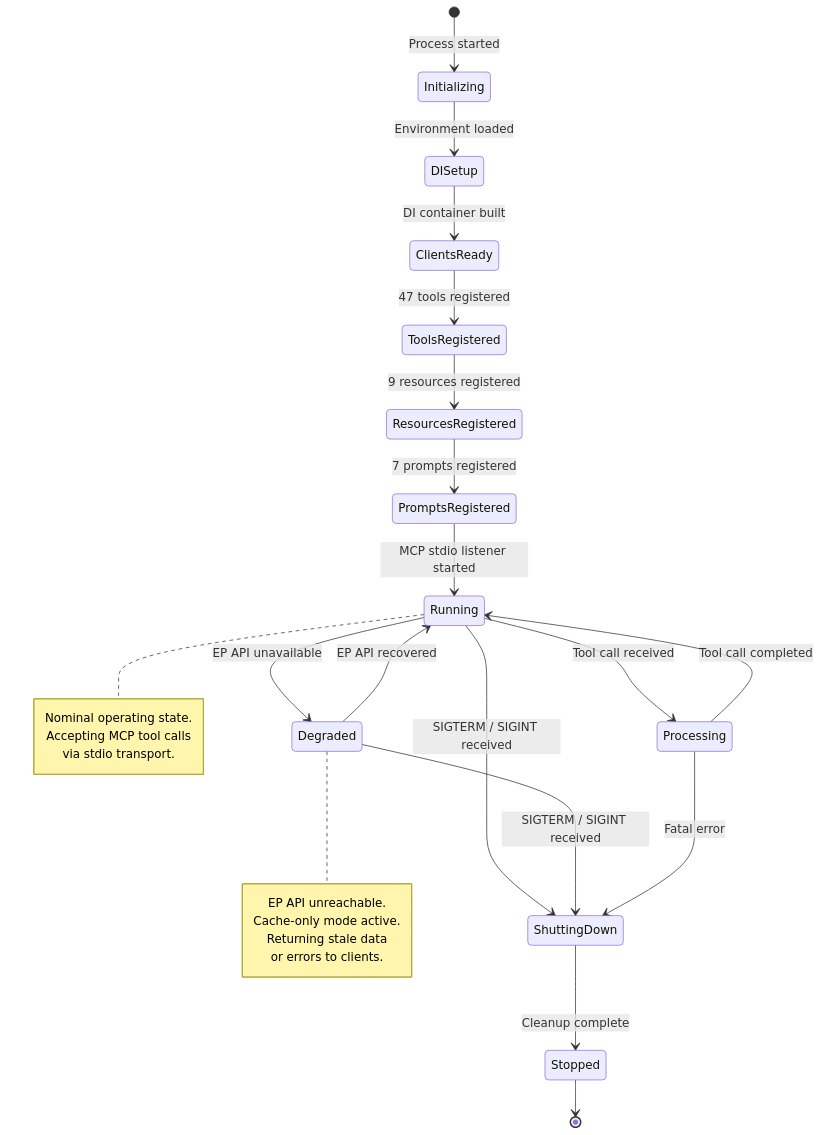
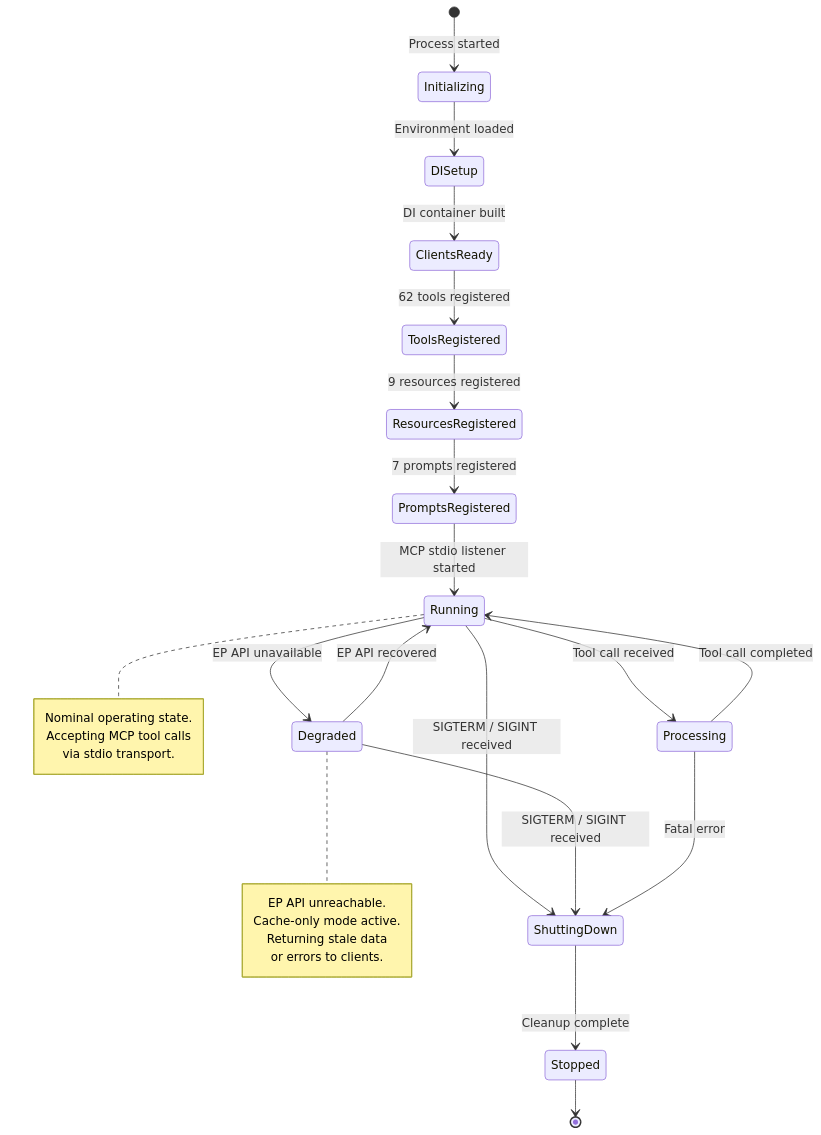
The first of 6 diagrams in STATEDIAGRAM.md (Hack23/European-Parliament-MCP-Server), drawn with Mermaid before and after one commit. The commit also changed other lines of this file and 13 other files, not shown here.

````diff
--- a/STATEDIAGRAM.md
+++ b/STATEDIAGRAM.md
@@ -54,37 +54,37 @@
 ```mermaid
 stateDiagram-v2
     [*] --> Initializing : Process started
 
     Initializing --> DISetup : Environment loaded
     DISetup --> ClientsReady : DI container built
-    ClientsReady --> ToolsRegistered : 47 tools registered
+    ClientsReady --> ToolsRegistered : 62 tools registered
     ToolsRegistered --> ResourcesRegistered : 9 resources registered
     ResourcesRegistered --> PromptsRegistered : 7 prompts registered
     PromptsRegistered --> Running : MCP stdio listener started
 
     Running --> Processing : Tool call received
     Processing --> Running : Tool call completed
 
     Running --> Degraded : EP API unavailable
     Degraded --> Running : EP API recovered
 
     Running --> ShuttingDown : SIGTERM / SIGINT received
     Degraded --> ShuttingDown : SIGTERM / SIGINT received
     Processing --> ShuttingDown : Fatal error
 
     ShuttingDown --> Stopped : Cleanup complete
     Stopped --> [*]
 
     note right of Running
         Nominal operating state.
         Accepting MCP tool calls
         via stdio transport.
     end note
 
     note right of Degraded
         EP API unreachable.
         Cache-only mode active.
         Returning stale data
         or errors to clients.
     end note
 ```
````
